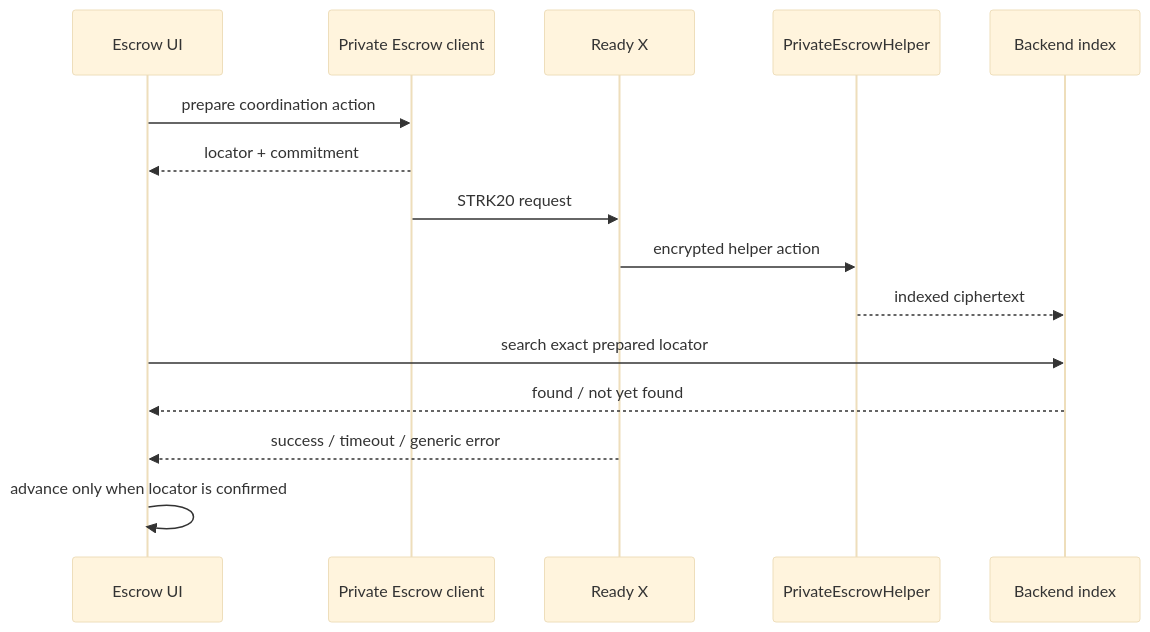
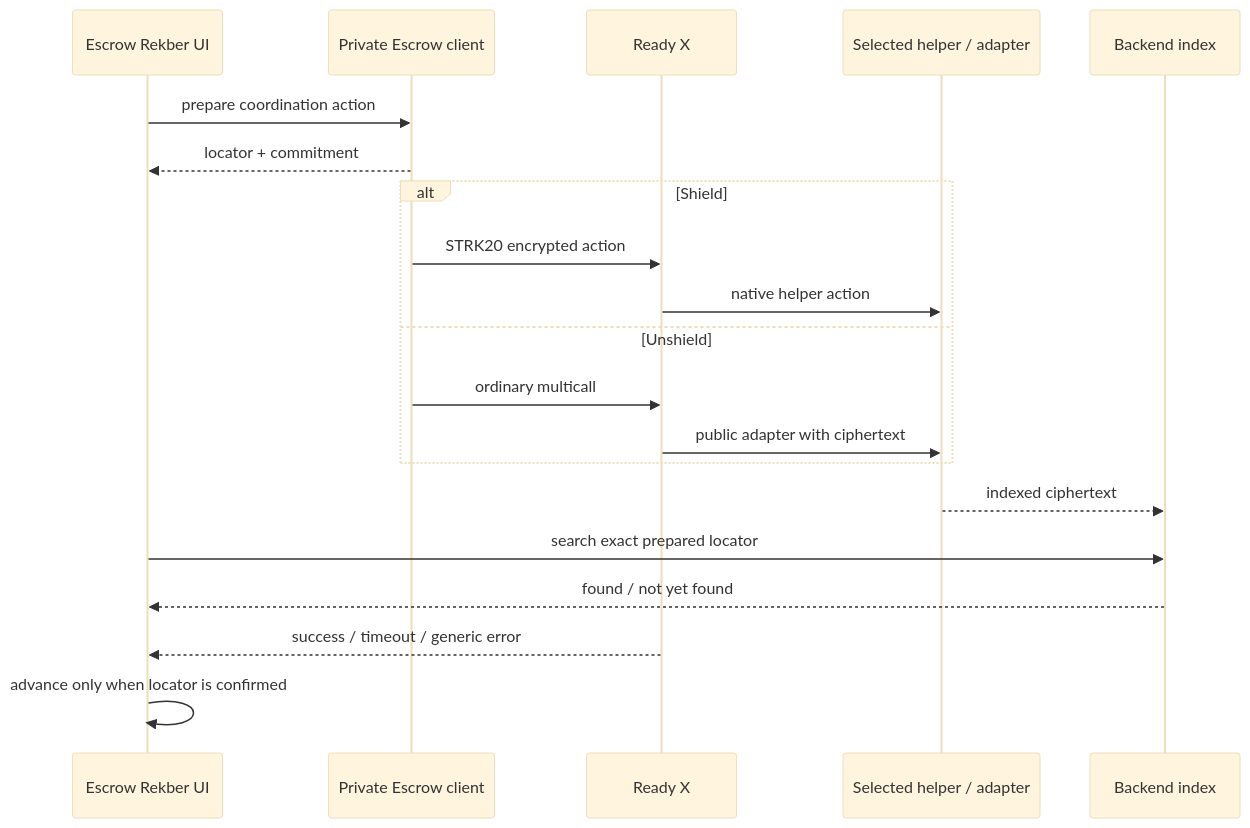
The second of 10 diagrams in docs/technical/frontend/escrow-rekber.md (DXJLabs/vinss), drawn with Mermaid (base theme) before and after one commit. The commit also changed other lines of this file and 14 other files, not shown here.

Commit message:
Clarify Escrow Rekber UI, verify dual-rail lifecycle and refresh architecture diagrams

````diff
--- a/docs/technical/frontend/escrow-rekber.md
+++ b/docs/technical/frontend/escrow-rekber.md
@@ -516,18 +565,23 @@
 ```mermaid
 sequenceDiagram
-    participant UI as Escrow UI
+    participant UI as Escrow Rekber UI
     participant E as Private Escrow client
     participant W as Ready X
-    participant C as PrivateEscrowHelper
+    participant C as Selected helper / adapter
     participant I as Backend index
 
     UI->>E: prepare coordination action
     E-->>UI: locator + commitment
-    E->>W: STRK20 request
-    W->>C: encrypted helper action
+    alt Shield
+        E->>W: STRK20 encrypted action
+        W->>C: native helper action
+    else Unshield
+        E->>W: ordinary multicall
+        W->>C: public adapter with ciphertext
+    end
     C-->>I: indexed ciphertext
     UI->>I: search exact prepared locator
     I-->>UI: found / not yet found
     W-->>UI: success / timeout / generic error
     UI->>UI: advance only when locator is confirmed
 ```
````
